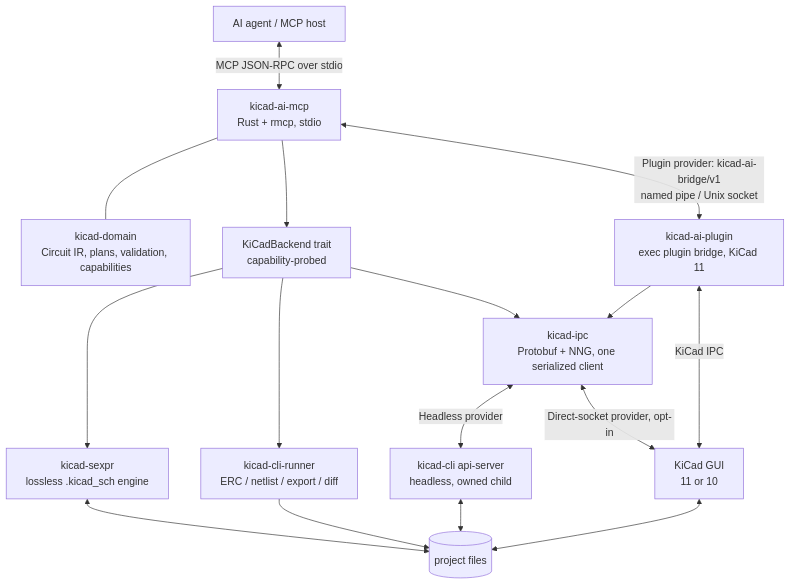
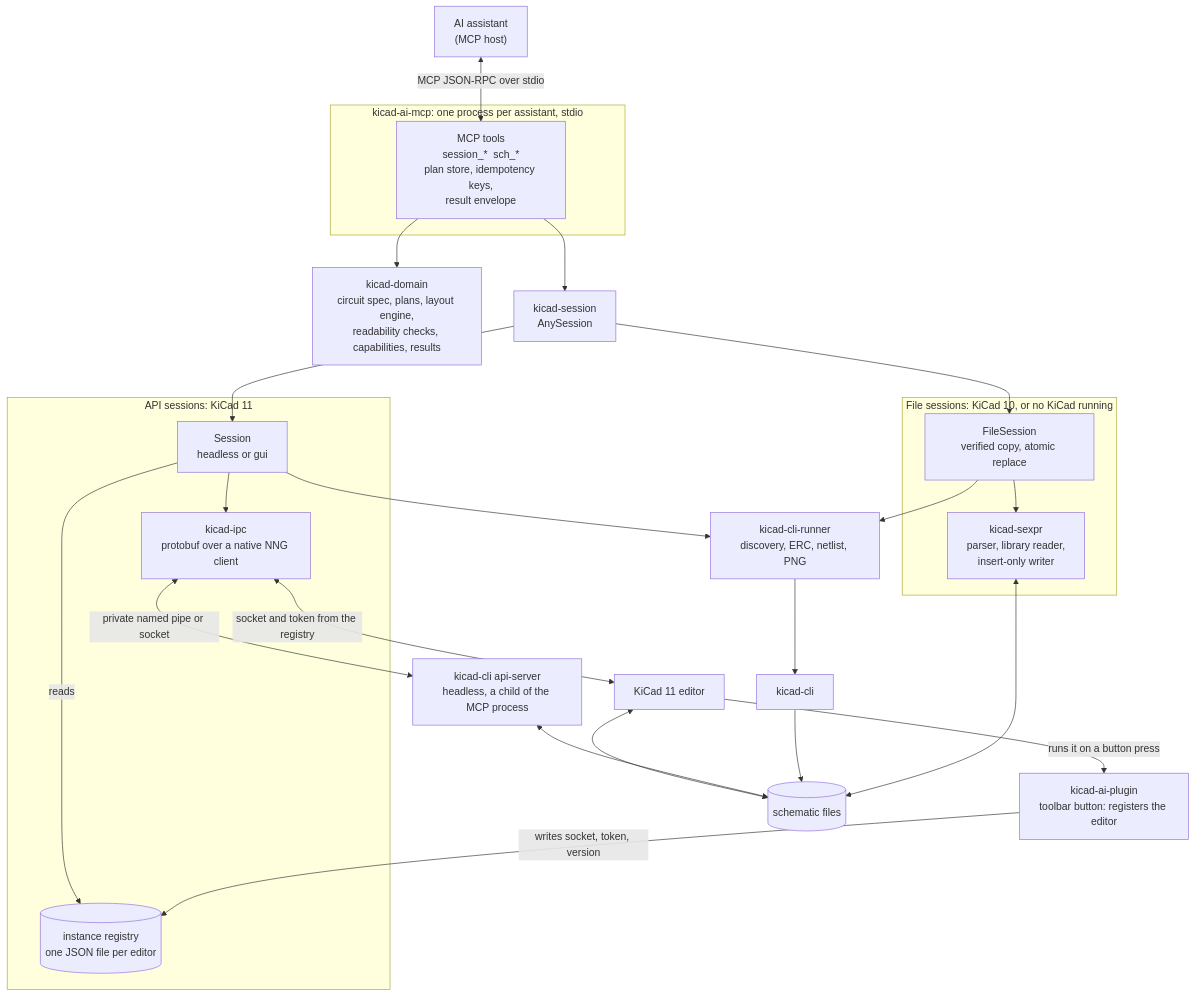
The diagram in docs/kicad-ai-mcp-design-plan.md (bkrajendra/thingsvu-tools), drawn with Mermaid before and after one commit. The commit also changed other lines of this file and 26 other files, not shown here.

````diff
--- a/docs/kicad-ai-mcp-design-plan.md
+++ b/docs/kicad-ai-mcp-design-plan.md
@@ -114,30 +120,49 @@
 ```mermaid
 flowchart TB
-    LLM[AI agent / MCP host]
-    MCP[kicad-ai-mcp\nRust + rmcp, stdio]
-    DOMAIN[kicad-domain\nCircuit IR, plans, validation, capabilities]
-    BACK[KiCadBackend trait\ncapability-probed]
-    IPC[kicad-ipc\nProtobuf + NNG, one serialized client]
-    SEXPR[kicad-sexpr\nlossless .kicad_sch engine]
-    CLI[kicad-cli-runner\nERC / netlist / export / diff]
-    HL[kicad-cli api-server\nheadless, owned child]
-    BRIDGE[kicad-ai-plugin\nexec plugin bridge, KiCad 11]
-    GUI[KiCad GUI\n11 or 10]
-    FILES[(project files)]
+    LLM["AI assistant<br/>(MCP host)"]
 
-    LLM <-->|MCP JSON-RPC over stdio| MCP
-    MCP --- DOMAIN
-    MCP --> BACK
-    BACK --> IPC
-    BACK --> SEXPR
-    BACK --> CLI
-    IPC <-->|Headless provider| HL
-    IPC <-->|Direct-socket provider, opt-in| GUI
-    MCP <-->|Plugin provider: kicad-ai-bridge/v1\nnamed pipe / Unix socket| BRIDGE
-    BRIDGE --> IPC
-    BRIDGE <-->|KiCad IPC| GUI
+    subgraph MCP["kicad-ai-mcp: one process per assistant, stdio"]
+        TOOLS["MCP tools<br/>session_*  sch_*<br/>plan store, idempotency keys,<br/>result envelope"]
+    end
+
+    DOMAIN["kicad-domain<br/>circuit spec, plans, layout engine,<br/>readability checks, capabilities, results"]
+    ANY["kicad-session<br/>AnySession"]
+
+    subgraph API["API sessions: KiCad 11"]
+        SESS["Session<br/>headless or gui"]
+        IPC["kicad-ipc<br/>protobuf over a native NNG client"]
+        REG[("instance registry<br/>one JSON file per editor")]
+    end
+
+    subgraph FILE["File sessions: KiCad 10, or no KiCad running"]
+        FS["FileSession<br/>verified copy, atomic replace"]
+        SEXPR["kicad-sexpr<br/>parser, library reader,<br/>insert-only writer"]
+    end
+
+    CLIR["kicad-cli-runner<br/>discovery, ERC, netlist, PNG"]
+    CLI["kicad-cli"]
+    HL["kicad-cli api-server<br/>headless, a child of the MCP process"]
+    GUI["KiCad 11 editor"]
+    PLUGIN["kicad-ai-plugin<br/>toolbar button: registers the editor"]
+    FILES[("schematic files")]
+
+    LLM <-->|"MCP JSON-RPC over stdio"| TOOLS
+    TOOLS --> DOMAIN
+    TOOLS --> ANY
+    ANY --> SESS
+    ANY --> FS
+    SESS --> IPC
+    IPC <-->|"private named pipe or socket"| HL
+    IPC <-->|"socket and token from the registry"| GUI
+    GUI -->|"runs it on a button press"| PLUGIN
+    PLUGIN -->|"writes socket, token, version"| REG
+    SESS -->|"reads"| REG
+    FS --> SEXPR
     SEXPR <--> FILES
+    SESS --> CLIR
+    FS --> CLIR
+    CLIR --> CLI
     CLI --> FILES
     HL <--> FILES
     GUI <--> FILES
 ```
````
